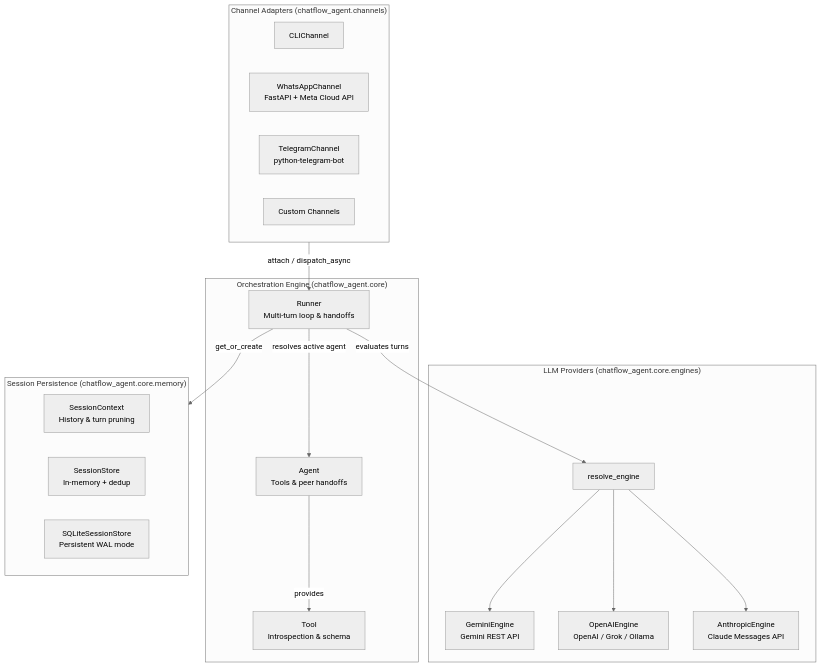
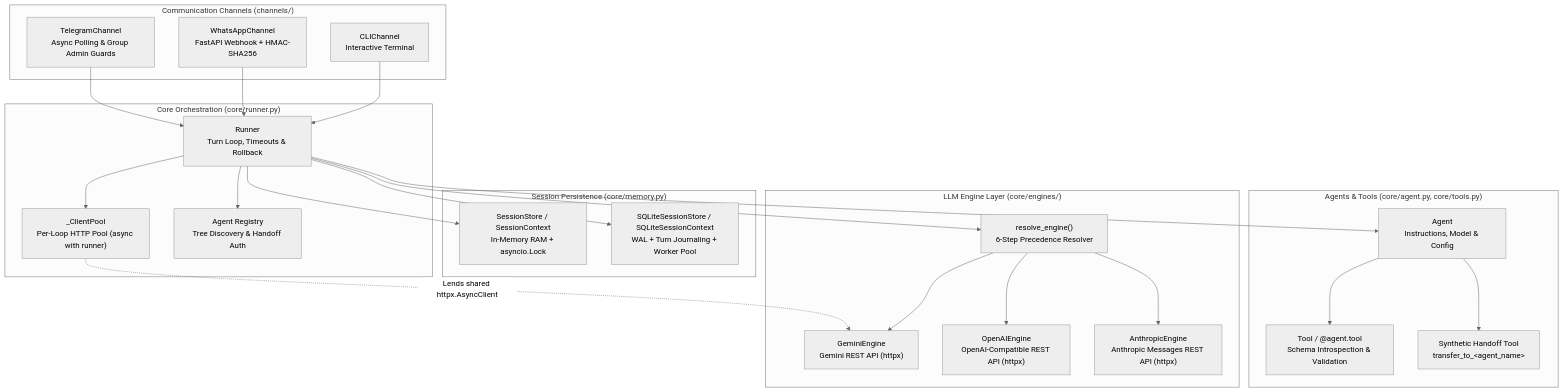
The first of 2 diagrams in docs/ARCHITECTURE.md (Aaqibhafeezkhan/chatflow-agent), drawn with Mermaid (neutral theme) before and after one commit. The commit also changed other lines of this file and 4 other files, not shown here.

First line of the commit message:
docs: split bilingual architecture docs and update community guides (#138)

````diff
--- a/docs/ARCHITECTURE.md
+++ b/docs/ARCHITECTURE.md
@@ -13,37 +25,51 @@
 ```mermaid
-graph TD
-    subgraph Channels ["Channel Adapters (chatflow_agent.channels)"]
-        CLI[CLIChannel]
-        WA[WhatsAppChannel<br/>FastAPI + Meta Cloud API]
-        TG[TelegramChannel<br/>python-telegram-bot]
-        CustomChannel[Custom Channels]
+flowchart TD
+    subgraph Channels["Communication Channels (channels/)"]
+        CLI["CLIChannel<br/>Interactive Terminal"]
+        WA["WhatsAppChannel<br/>FastAPI Webhook + HMAC-SHA256"]
+        TG["TelegramChannel<br/>Async Polling & Group Admin Guards"]
     end
 
-    subgraph Core ["Orchestration Engine (chatflow_agent.core)"]
-        Runner[Runner<br/>Multi-turn loop & handoffs]
-        Agent[Agent<br/>Tools & peer handoffs]
-        Tool[Tool<br/>Introspection & schema]
+    subgraph Orchestration["Core Orchestration (core/runner.py)"]
+        Runner["Runner<br/>Turn Loop, Timeouts & Rollback"]
+        Pool["_ClientPool<br/>Per-Loop HTTP Pool (async with runner)"]
+        Registry["Agent Registry<br/>Tree Discovery & Handoff Auth"]
     end
 
-    subgraph Engines ["LLM Providers (chatflow_agent.core.engines)"]
-        Factory[resolve_engine]
-        Gemini[GeminiEngine<br/>Gemini REST API]
-        OpenAI[OpenAIEngine<br/>OpenAI / Grok / Ollama]
-        Anthropic[AnthropicEngine<br/>Claude Messages API]
+    subgraph Memory["Session Persistence (core/memory.py)"]
+        MemStore["SessionStore / SessionContext<br/>In-Memory RAM + asyncio.Lock"]
+        SQLStore["SQLiteSessionStore / SQLiteSessionContext<br/>WAL + Turn Journaling + Worker Pool"]
     end
 
-    subgraph Memory ["Session Persistence (chatflow_agent.core.memory)"]
-        Context[SessionContext<br/>History & turn pruning]
-        MemStore[SessionStore<br/>In-memory + dedup]
-        SQLStore[SQLiteSessionStore<br/>Persistent WAL mode]
+    subgraph Agents["Agents & Tools (core/agent.py, core/tools.py)"]
+        Agent["Agent<br/>Instructions, Model & Config"]
+        Tool["Tool / @agent.tool<br/>Schema Introspection & Validation"]
+        Handoff["Synthetic Handoff Tool<br/>transfer_to_&lt;agent_name&gt;"]
     end
 
-    Channels -->|attach / dispatch_async| Runner
-    Runner -->|get_or_create| Memory
-    Runner -->|resolves active agent| Agent
-    Agent -->|provides| Tool
-    Runner -->|evaluates turns| Factory
+    subgraph Engines["LLM Engine Layer (core/engines/)"]
+        Factory["resolve_engine()<br/>6-Step Precedence Resolver"]
+        Gemini["GeminiEngine<br/>Gemini REST API (httpx)"]
+        OpenAI["OpenAIEngine<br/>OpenAI-Compatible REST API (httpx)"]
+        Anthropic["AnthropicEngine<br/>Anthropic Messages REST API (httpx)"]
+    end
+
+    CLI --> Runner
+    WA --> Runner
+    TG --> Runner
+
+    Runner --> Pool
+    Runner --> Registry
+    Runner --> MemStore
+    Runner --> SQLStore
+    Runner --> Agent
+
+    Agent --> Tool
+    Agent --> Handoff
+    Runner --> Factory
+
     Factory --> Gemini
     Factory --> OpenAI
     Factory --> Anthropic
+    Pool -.->|"Lends shared httpx.AsyncClient"| Gemini
 ```
````
